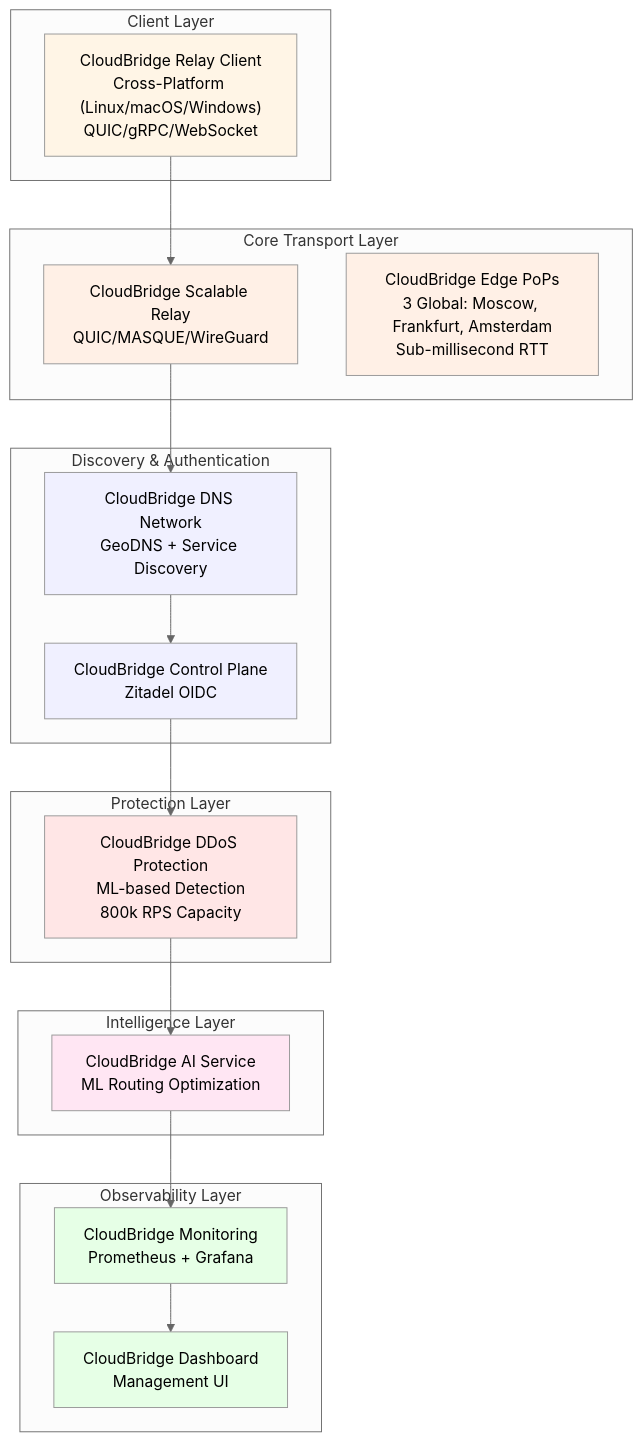
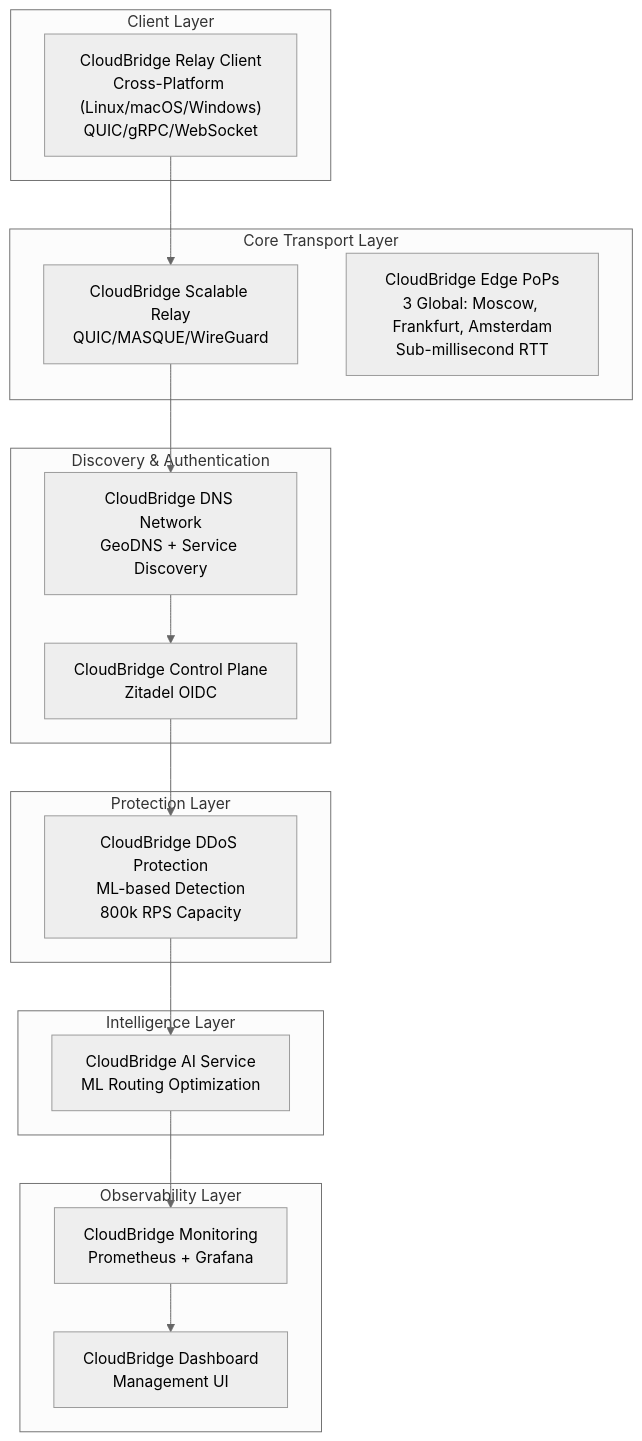
Before and after one commit to twogc/cloudbridge-docs: the first of 3 diagrams in ARCHITECTURE/PROJECT_OVERVIEW.md, drawn with Mermaid (neutral theme). The commit also changed other lines of this file and 1 other file, not shown here.

````diff
--- a/ARCHITECTURE/PROJECT_OVERVIEW.md
+++ b/ARCHITECTURE/PROJECT_OVERVIEW.md
@@ -34,47 +34,37 @@
 ```mermaid
 graph TB
     subgraph "Client Layer"
         CLIENT["CloudBridge Relay Client<br/>Cross-Platform (Linux/macOS/Windows)<br/>QUIC/gRPC/WebSocket"]
     end
 
     subgraph "Core Transport Layer"
         RELAY["CloudBridge Scalable Relay<br/>QUIC/MASQUE/WireGuard"]
         EDGE["CloudBridge Edge PoPs<br/>3 Global: Moscow, Frankfurt, Amsterdam<br/>Sub-millisecond RTT"]
     end
 
     subgraph "Discovery & Authentication"
         DNS["CloudBridge DNS Network<br/>GeoDNS + Service Discovery"]
         CONTROL["CloudBridge Control Plane<br/>Zitadel OIDC"]
     end
 
     subgraph "Protection Layer"
         DDOS["CloudBridge DDoS Protection<br/>ML-based Detection<br/>800k RPS Capacity"]
     end
 
     subgraph "Intelligence Layer"
         AI["CloudBridge AI Service<br/>ML Routing Optimization"]
     end
 
     subgraph "Observability Layer"
         MONITOR["CloudBridge Monitoring<br/>Prometheus + Grafana"]
         DASHBOARD["CloudBridge Dashboard<br/>Management UI"]
     end
 
     CLIENT --> RELAY
     RELAY --> DNS
     DNS --> CONTROL
     CONTROL --> DDOS
     DDOS --> AI
     AI --> MONITOR
     MONITOR --> DASHBOARD
-
-    style CLIENT fill:#fff5e6
-    style RELAY fill:#fff0e6
-    style EDGE fill:#fff0e6
-    style DNS fill:#f0f0ff
-    style CONTROL fill:#f0f0ff
-    style DDOS fill:#ffe6e6
-    style AI fill:#ffe6f3
-    style MONITOR fill:#e6ffe6
-    style DASHBOARD fill:#e6ffe6
 ```
````
